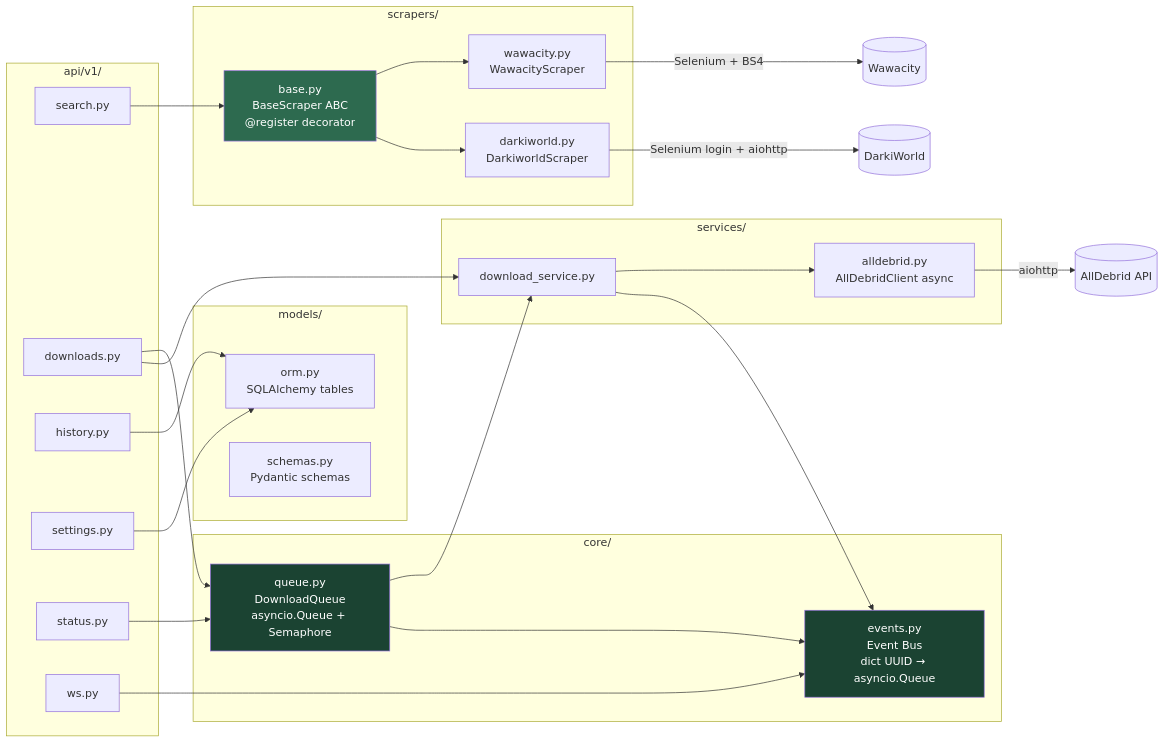
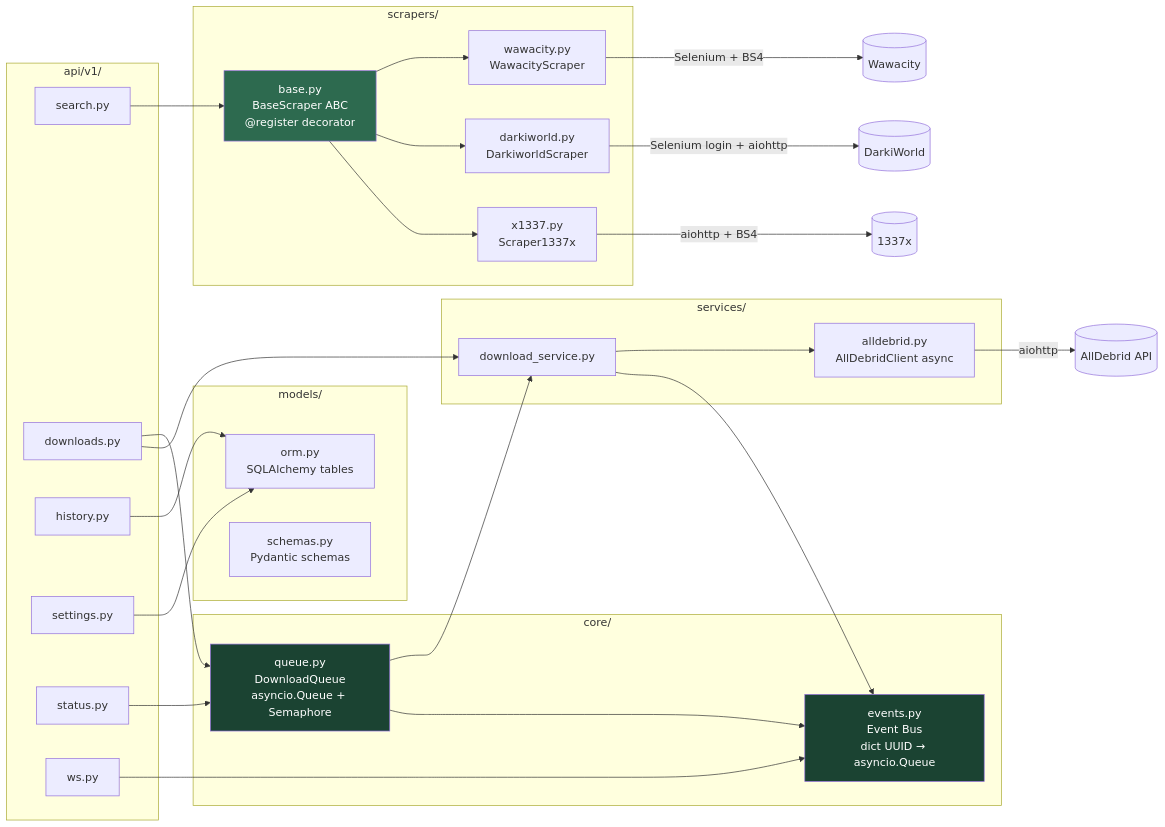
Before and after one commit to Gon3s/dl_discord_bot: the fourth of 7 diagrams in docs/architecture-v2.md, drawn with Mermaid. The commit also changed other lines of this file and 15 other files, not shown here.

````diff
--- a/docs/architecture-v2.md
+++ b/docs/architecture-v2.md
@@ -138,56 +142,59 @@
 ```mermaid
 graph LR
     subgraph api["api/v1/"]
         S[search.py]
         D[downloads.py]
         H[history.py]
         ST[settings.py]
         STA[status.py]
         W[ws.py]
     end
 
     subgraph core["core/"]
         Q[queue.py<br/>DownloadQueue<br/>asyncio.Queue + Semaphore]
         E[events.py<br/>Event Bus<br/>dict UUID → asyncio.Queue]
     end
 
     subgraph services["services/"]
         DS[download_service.py]
         AL[alldebrid.py<br/>AllDebridClient async]
     end
 
     subgraph scrapers["scrapers/"]
         BS[base.py<br/>BaseScraper ABC<br/>@register decorator]
         WW[wawacity.py<br/>WawacityScraper]
         DW[darkiworld.py<br/>DarkiworldScraper]
+        X3[x1337.py<br/>Scraper1337x]
     end
 
     subgraph models["models/"]
         ORM[orm.py<br/>SQLAlchemy tables]
         SCH[schemas.py<br/>Pydantic schemas]
     end
 
     S --> BS
     D --> Q
     D --> DS
     H --> ORM
     ST --> ORM
     STA --> Q
     W --> E
 
     DS --> AL
     DS --> E
     Q --> DS
     Q --> E
 
     BS --> WW
     BS --> DW
+    BS --> X3
 
     WW -->|Selenium + BS4| WAW[(Wawacity)]
     DW -->|Selenium login + aiohttp| DWAPI[(DarkiWorld)]
+    X3 -->|aiohttp + BS4| X1337API[(1337x)]
     AL -->|aiohttp| AD[(AllDebrid API)]
 
     style BS fill:#2d6a4f,color:#fff
     style Q fill:#1b4332,color:#fff
     style E fill:#1b4332,color:#fff
 ```
````
